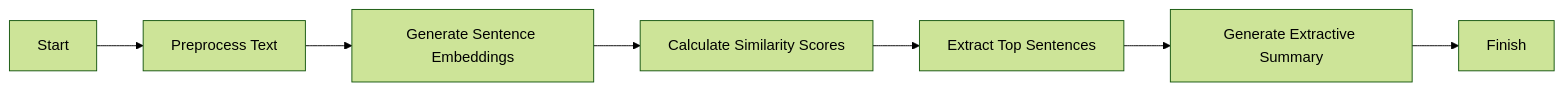
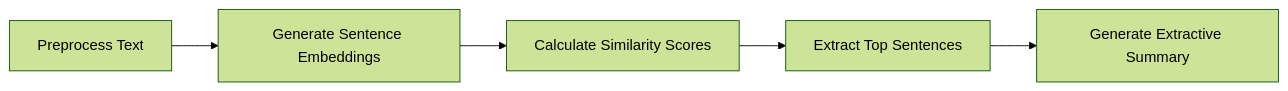
One commit to bernardopimenta21/RedditSummarizerBot changed the second of 2 diagrams in README.md. Above: the diagram before and after it, drawn with Mermaid (forest theme). The commit also changed other lines of this file, not shown here.

````diff
--- a/README.md
+++ b/README.md
@@ -32,9 +32,9 @@
 ```mermaid
 graph LR
-    A[Start] --> C[Preprocess Text]
+    C[Preprocess Text]
     C --> D[Generate Sentence Embeddings]
     D --> E[Calculate Similarity Scores]
     E --> F[Extract Top Sentences]
     F --> G[Generate Extractive Summary]
-    G --> I[Finish]
+    G 
 ```
````
